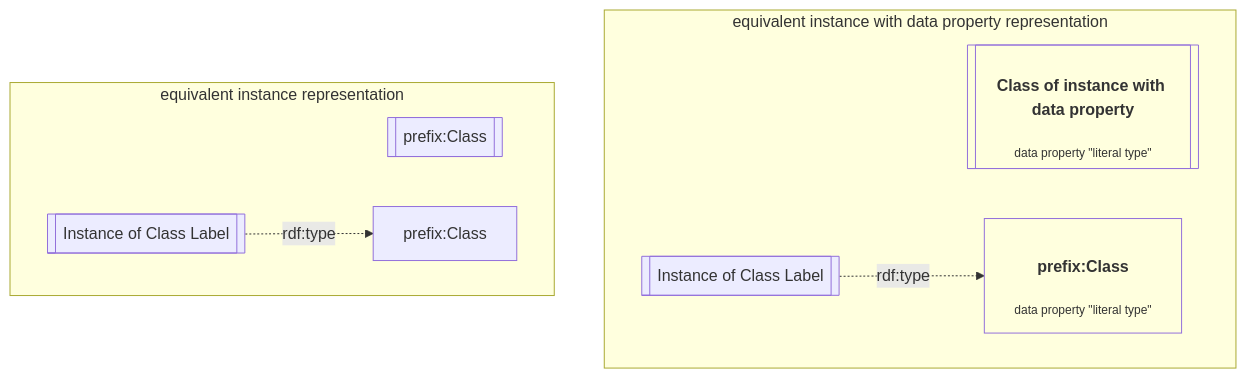
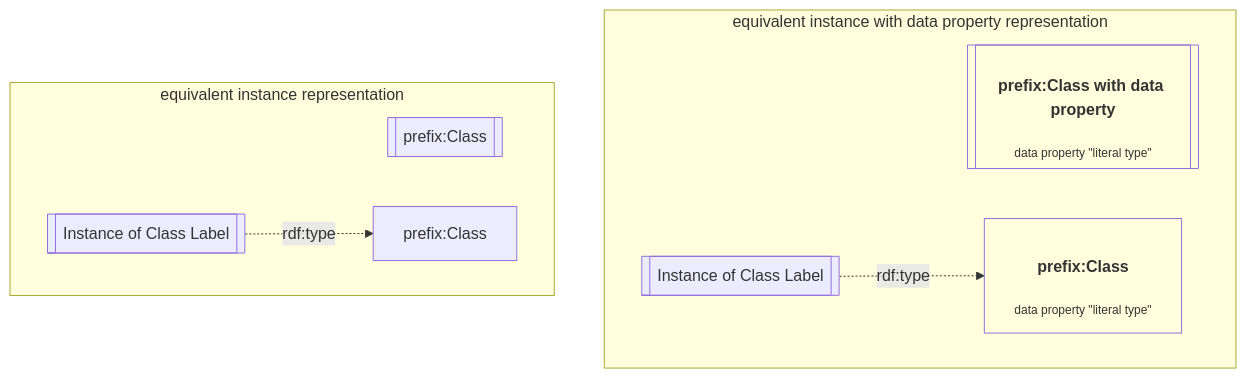
The second of 10 diagrams in JPS_Ontology/ontology/ontoprofile/README.MD (cambridge-cares/TheWorldAvatar), drawn with Mermaid before and after one commit. The commit also changed other lines of this file and 2 other files, not shown here.

````diff
--- a/JPS_Ontology/ontology/ontoprofile/README.MD
+++ b/JPS_Ontology/ontology/ontoprofile/README.MD
@@ -36,18 +36,18 @@
 ```mermaid
 flowchart TD
     %% Styling
     classDef literal fill:none
 
     %% Diagram
     subgraph equivalent instance with data property representation
     direction LR
-    instanceDataProperty[["<h4>Class of instance with data property</h4><p style='font-size:0.75rem;'>data property &quot;literal type&quot;</p>"]]:::literal
+    instanceDataProperty[["<h4>prefix:Class with data property</h4><p style='font-size:0.75rem;'>data property &quot;literal type&quot;</p>"]]:::literal
     instDataProperty[[Instance of Class Label]] -. rdf:type .-> instClazzLiteral["<h4>prefix:Class</h4><p style='font-size:0.75rem;'>data property &quot;literal type&quot;</p>"]:::literal
     end
 
     subgraph equivalent instance representation
     direction LR
     instClass[[prefix:Class]]
     instClassInst[[Instance of Class Label]] -. rdf:type .-> parentClass[prefix:Class]
     end
 ```
````
